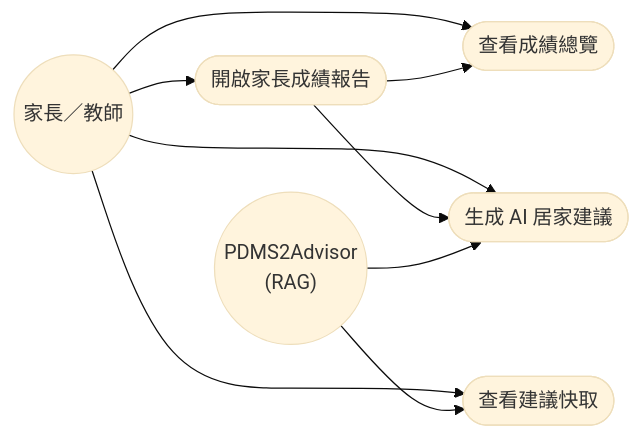
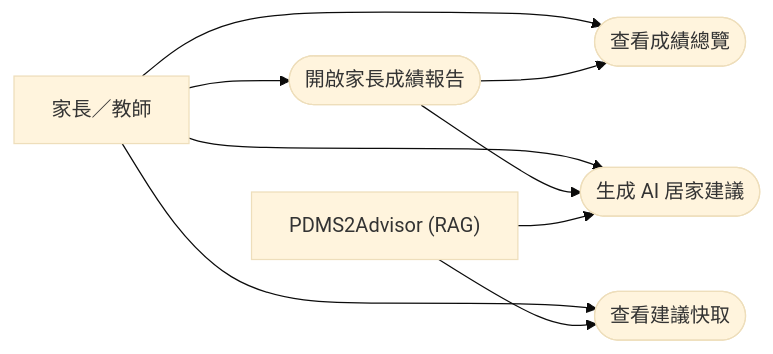
One commit to WeiChengTW/FMD_AI_Screener changed the fifth of 6 diagrams in docs/ch05-use-case-diagrams.md. Above: the diagram before and after it, drawn with Mermaid (base theme). The commit also changed other lines of this file and 1 other file, not shown here.

````diff
--- a/docs/ch05-use-case-diagrams.md
+++ b/docs/ch05-use-case-diagrams.md
@@ -100,19 +100,19 @@
 ```mermaid
 graph LR
-    家長教師(("家長／教師"))
-    顧問(("PDMS2Advisor\n(RAG)"))
+    家長教師["家長／教師"]
+    顧問["PDMS2Advisor (RAG)"]
 
     UC05a([開啟家長成績報告])
     UC05b([查看成績總覽])
     UC05c([生成 AI 居家建議])
     UC05d([查看建議快取])
 
     家長教師 --> UC05a
     家長教師 --> UC05b
     家長教師 --> UC05c
     家長教師 --> UC05d
     UC05a    --> UC05b
     UC05a    --> UC05c
     顧問     --> UC05c
     顧問     --> UC05d
 ```
````
